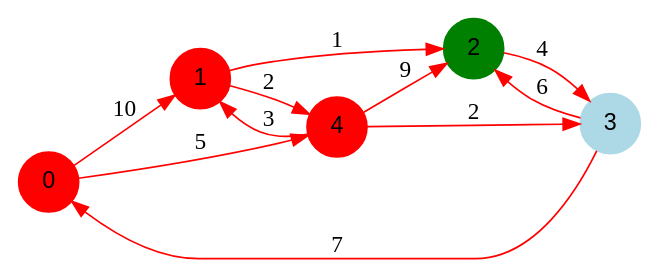
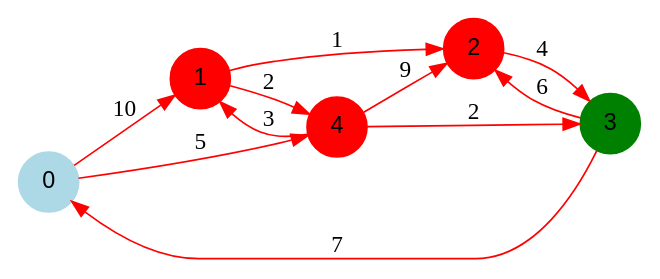
One commit to benech17/Shortest-Path changed the diagram in programme1/output/dotFiles/graph3/graph3_3.dot. Above: the diagram before and after it, drawn with Graphviz. The commit also changed 21 other files, not shown here.

```diff
--- a/programme1/output/dotFiles/graph3/graph3_3.dot
+++ b/programme1/output/dotFiles/graph3/graph3_3.dot
@@ -1,19 +1,19 @@
 digraph graphe {
 rankdir = LR;
 edge [color=red];
-0 [fontname="Arial", shape = circle, color=red, style=filled];
+0 [fontname="Arial", shape = circle, color=lightblue, style=filled];
 1 [fontname="Arial", shape = circle, color=red, style=filled];
-2 [fontname="Arial", shape = circle, color=green, style=filled];
-3 [fontname="Arial", shape = circle, color=lightblue, style=filled];
+2 [fontname="Arial", shape = circle, color=red, style=filled];
+3 [fontname="Arial", shape = circle, color=green, style=filled];
 4 [fontname="Arial", shape = circle, color=red, style=filled];
 	0 -> 1 [label = "10"];
 	0 -> 4 [label = "5"];
 	1 -> 2 [label = "1"];
 	1 -> 4 [label = "2"];
 	2 -> 3 [label = "4"];
 	3 -> 0 [label = "7"];
 	3 -> 2 [label = "6"];
 	4 -> 1 [label = "3"];
 	4 -> 2 [label = "9"];
 	4 -> 3 [label = "2"];
 }
```
